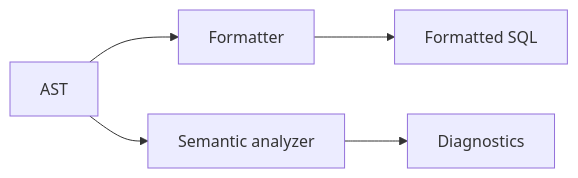
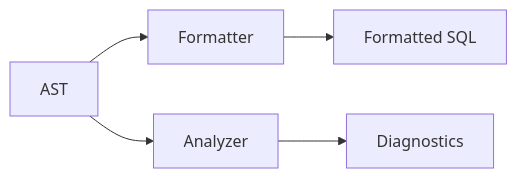
Before and after one commit to LalitMaganti/syntaqlite: the second of 6 diagrams in web/docs/content/contributing/architecture.md, drawn with Mermaid. The commit also changed other lines of this file and 41 other files, not shown here.

```diff
--- a/web/docs/content/contributing/architecture.md
+++ b/web/docs/content/contributing/architecture.md
@@ -23,5 +23,5 @@
 <div class="mermaid">
 graph LR
     AST --> Formatter --> Formatted["Formatted SQL"]
-    AST --> Analyzer["Semantic analyzer"] --> Diagnostics
+    AST --> Analyzer["Analyzer"] --> Diagnostics
 </div>
```
